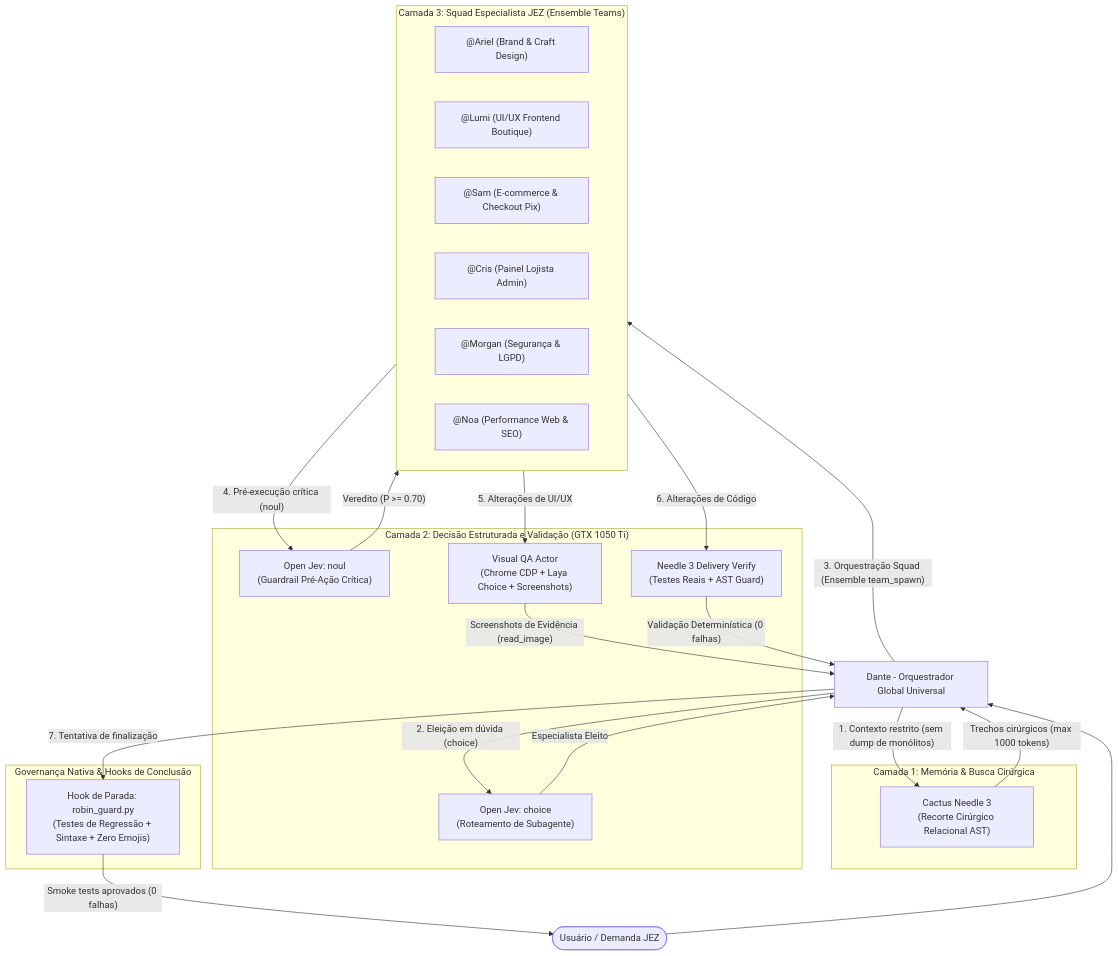
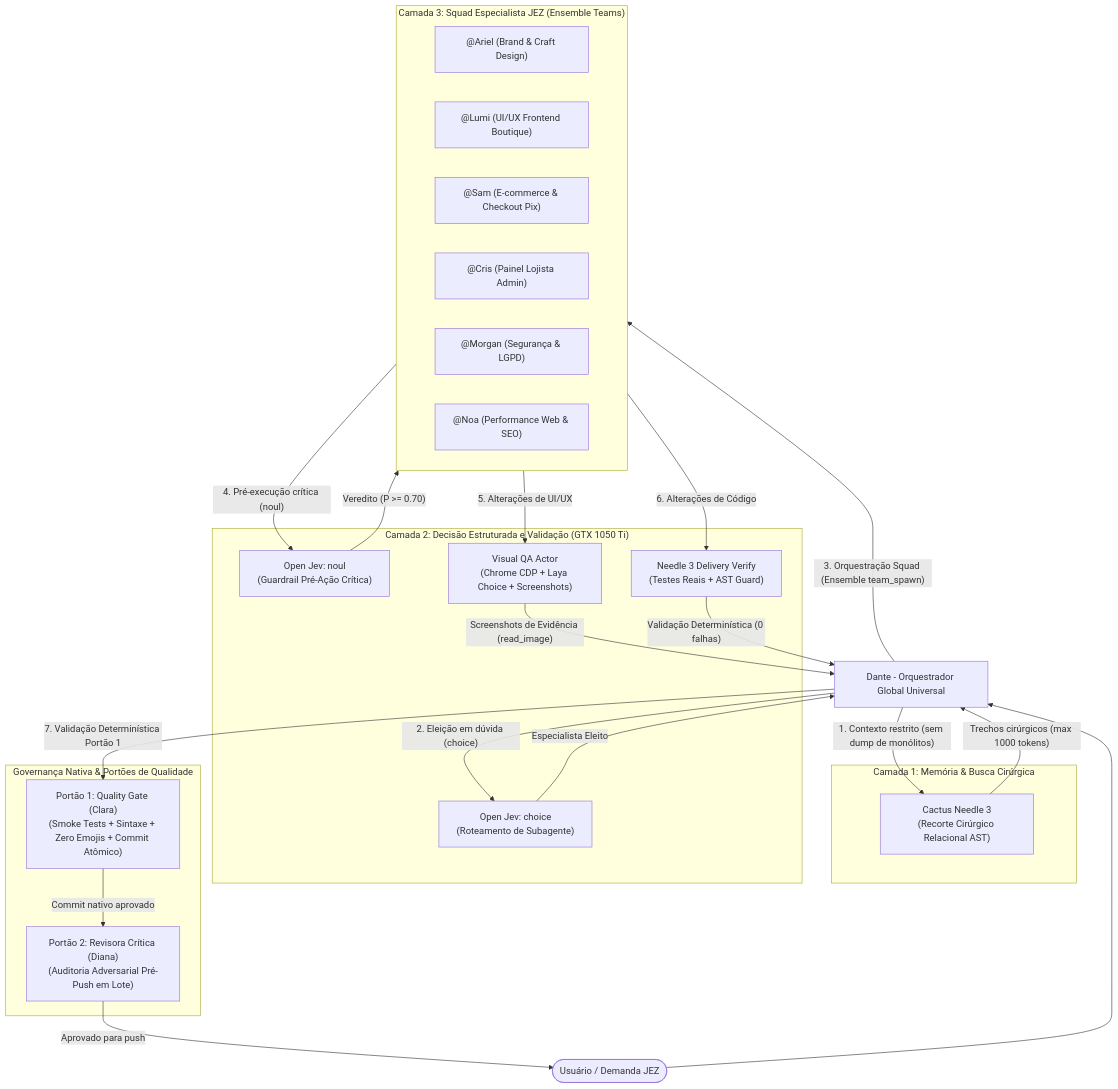
One commit to maiteuxzanela/jez changed the diagram in AGENTS.md. Above: the diagram before and after it, drawn with Mermaid. The commit also changed other lines of this file and 2 other files, not shown here.

Commit message:
docs(governance): remover referencias residuais a robin_guard e alinhar esteira de dois portoes

````diff
--- a/AGENTS.md
+++ b/AGENTS.md
@@ -9,48 +9,50 @@
 ```mermaid
 flowchart TD
     User([Usuário / Demanda JEZ]) --> Orchestrator[Dante - Orquestrador Global Universal]
     
     subgraph Camada1["Camada 1: Memória & Busca Cirúrgica"]
         Needle3["Cactus Needle 3\n(Recorte Cirúrgico Relacional AST)"]
     end
     
     subgraph Camada2["Camada 2: Decisão Estruturada e Validação (GTX 1050 Ti)"]
         OpenJevChoice["Open Jev: choice\n(Roteamento de Subagente)"]
         OpenJevNoul["Open Jev: noul\n(Guardrail Pré-Ação Crítica)"]
         VisualQAActor["Visual QA Actor\n(Chrome CDP + Laya Choice + Screenshots)"]
         DeliveryVerify["Needle 3 Delivery Verify\n(Testes Reais + AST Guard)"]
     end
     
     subgraph Camada3["Camada 3: Squad Especialista JEZ (Ensemble Teams)"]
         Ariel["@Ariel (Brand & Craft Design)"]
         Lumi["@Lumi (UI/UX Frontend Boutique)"]
         Sam["@Sam (E-commerce & Checkout Pix)"]
         Cris["@Cris (Painel Lojista Admin)"]
         Morgan["@Morgan (Segurança & LGPD)"]
         Noa["@Noa (Performance Web & SEO)"]
     end
 
-    subgraph Gates["Governança Nativa & Hooks de Conclusão"]
-        HookStop["Hook de Parada: robin_guard.py\n(Testes de Regressão + Sintaxe + Zero Emojis)"]
+    subgraph Gates["Governança Nativa & Portões de Qualidade"]
+        Portao1["Portão 1: Quality Gate (Clara)\n(Smoke Tests + Sintaxe + Zero Emojis + Commit Atômico)"]
+        Portao2["Portão 2: Revisora Crítica (Diana)\n(Auditoria Adversarial Pré-Push em Lote)"]
     end
 
     Orchestrator -- "1. Contexto restrito (sem dump de monólitos)" --> Needle3
     Needle3 -- "Trechos cirúrgicos (max 1000 tokens)" --> Orchestrator
     
     Orchestrator -- "2. Eleição em dúvida (choice)" --> OpenJevChoice
     OpenJevChoice -- "Especialista Eleito" --> Orchestrator
     
     Orchestrator -- "3. Orquestração Squad (Ensemble team_spawn)" --> Camada3
     
     Camada3 -- "4. Pré-execução crítica (noul)" --> OpenJevNoul
     OpenJevNoul -- "Veredito (P >= 0.70)" --> Camada3
     
     Camada3 -- "5. Alterações de UI/UX" --> VisualQAActor
     VisualQAActor -- "Screenshots de Evidência (read_image)" --> Orchestrator
 
     Camada3 -- "6. Alterações de Código" --> DeliveryVerify
     DeliveryVerify -- "Validação Determinística (0 falhas)" --> Orchestrator
 
-    Orchestrator -- "7. Tentativa de finalização" --> HookStop
-    HookStop -- "Smoke tests aprovados (0 falhas)" --> User
+    Orchestrator -- "7. Validação Determinística Portão 1" --> Portao1
+    Portao1 -- "Commit nativo aprovado" --> Portao2
+    Portao2 -- "Aprovado para push" --> User
 ```
````
